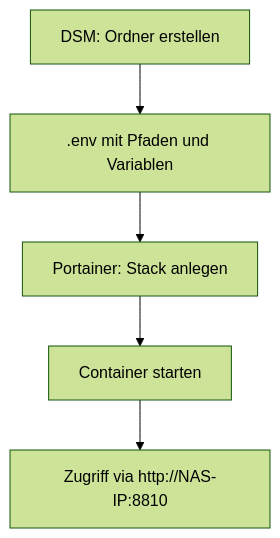
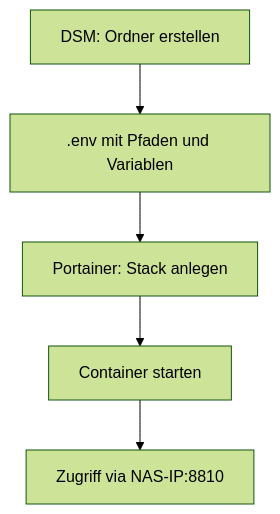
One commit to GSB-Deleven/HomeLab changed the diagram in hosts/DS920plus/Docker/Portainer/paperless-ngx/README.md. Above: the diagram before and after it, drawn with Mermaid (forest theme).

Commit message:
mermaid Fehler korrigiert

````diff
--- a/hosts/DS920plus/Docker/Portainer/paperless-ngx/README.md
+++ b/hosts/DS920plus/Docker/Portainer/paperless-ngx/README.md
@@ -202,7 +202,7 @@
 ```mermaid
 graph TD
   A[DSM: Ordner erstellen] --> B[.env mit Pfaden und Variablen]
   B --> C[Portainer: Stack anlegen]
   C --> D[Container starten]
-  D --> E[Zugriff via http://NAS-IP:8810]
+  D --> E[Zugriff via NAS-IP:8810]
 ```
````
